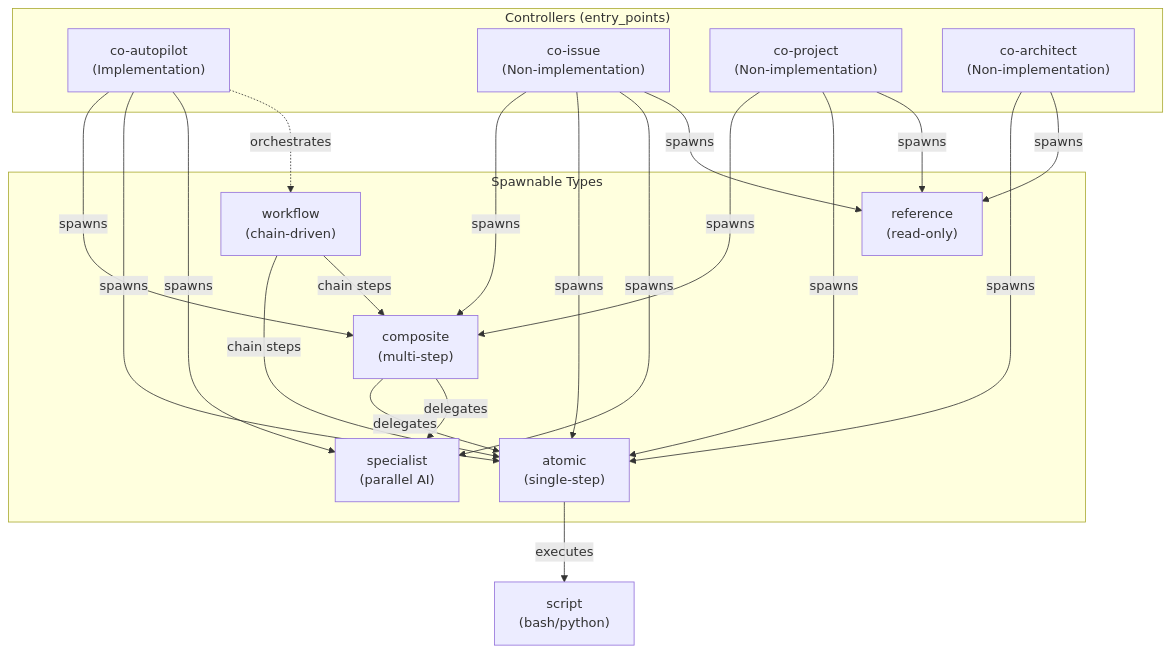
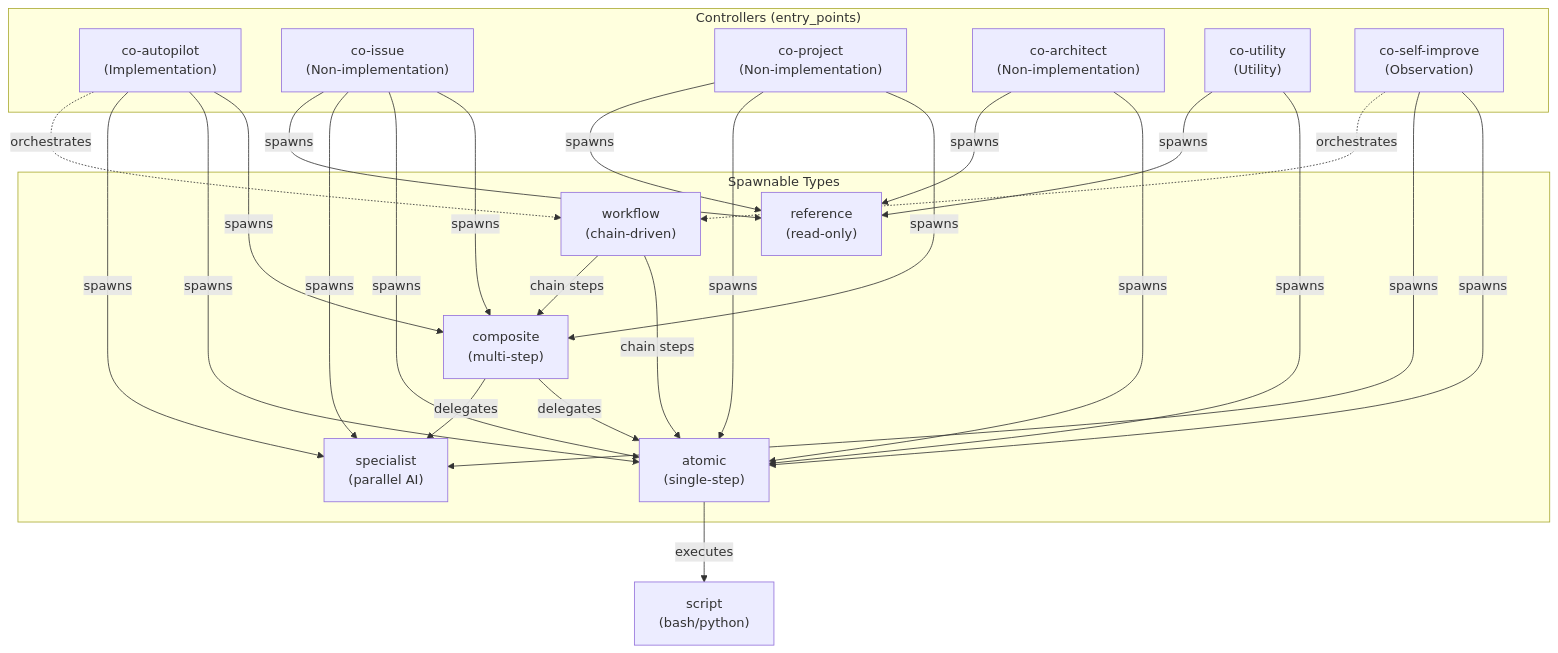
Before and after one commit to shuu5/twill: the second of 6 diagrams in plugins/twl/architecture/domain/model.md, drawn with Mermaid. The commit also changed 2 other files, not shown here.

Commit message:
fix(architecture): reviewer指摘修正 - model.md/ADR-005/observation.md依存方向
- model.md: Controller Spawning図にco-utility/co-self-improve追加
- ADR-005: 4 controller制約の記述をADR-011クロスリファレンス付きに更新
- observation.md: Dependencies方向をcontext-map.mdと整合（Upstream→Downstream）
- observation.md: 未反映のProject Management依存を削除

````diff
--- a/plugins/twl/architecture/domain/model.md
+++ b/plugins/twl/architecture/domain/model.md
@@ -89,40 +89,49 @@
 ```mermaid
 graph TD
     subgraph "Controllers (entry_points)"
         CA["co-autopilot<br/>(Implementation)"]
         CI["co-issue<br/>(Non-implementation)"]
         CP["co-project<br/>(Non-implementation)"]
         CR["co-architect<br/>(Non-implementation)"]
+        CU["co-utility<br/>(Utility)"]
+        CS["co-self-improve<br/>(Observation)"]
     end
 
     subgraph "Spawnable Types"
         WF["workflow<br/>(chain-driven)"]
         CM["composite<br/>(multi-step)"]
         AT["atomic<br/>(single-step)"]
         SP["specialist<br/>(parallel AI)"]
         RF["reference<br/>(read-only)"]
     end
 
     CA -->|spawns| CM
     CA -->|spawns| AT
     CA -->|spawns| SP
 
     CI -->|spawns| CM
     CI -->|spawns| AT
     CI -->|spawns| SP
     CI -->|spawns| RF
 
     CP -->|spawns| CM
     CP -->|spawns| AT
     CP -->|spawns| RF
 
     CR -->|spawns| AT
     CR -->|spawns| RF
 
+    CU -->|spawns| AT
+    CU -->|spawns| RF
+
+    CS -->|spawns| AT
+    CS -->|spawns| SP
+    CS -.->|orchestrates| WF
+
     CA -.->|orchestrates| WF
     WF -->|chain steps| AT
     WF -->|chain steps| CM
     CM -->|delegates| AT
     CM -->|delegates| SP
     AT -->|executes| SC["script<br/>(bash/python)"]
 ```
````
